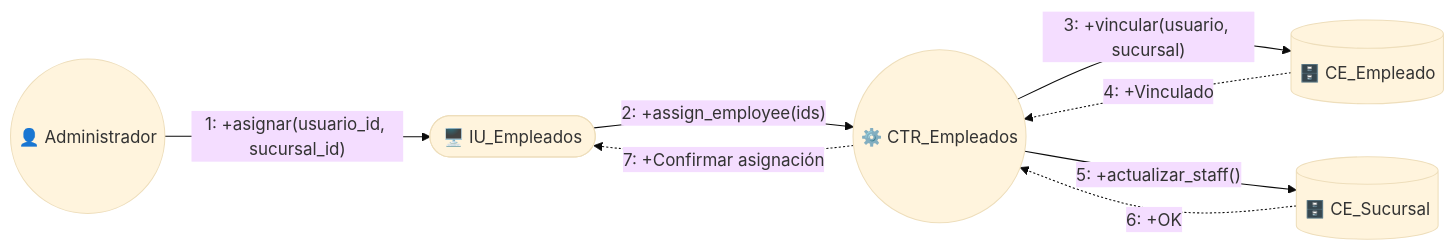
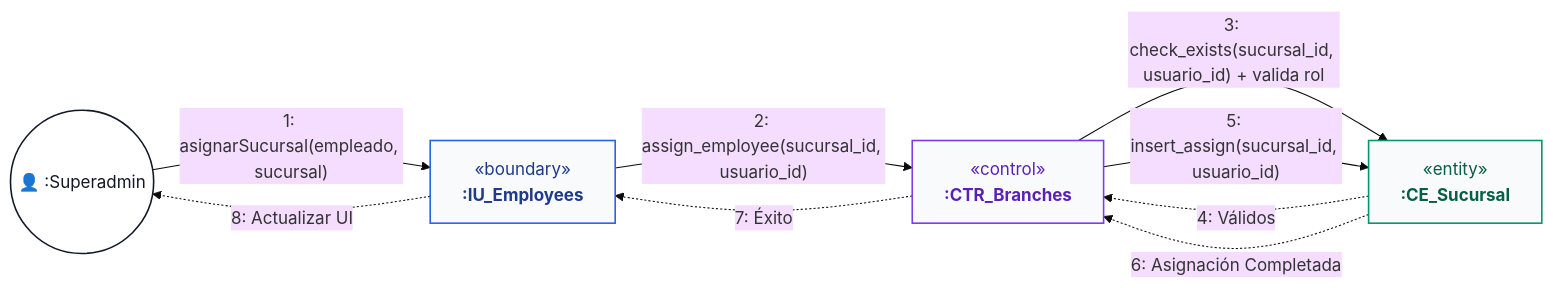
One commit to jc-larry/ecommerce changed diagram 17 of 53 in documentos/Ciclo1.md. Above: the diagram before and after it, drawn with Mermaid (base theme). The commit also changed other lines of this file and 148 other files, not shown here.

````diff
--- a/documentos/Ciclo1.md
+++ b/documentos/Ciclo1.md
@@ -1001,16 +1061,22 @@
 ```mermaid
 flowchart LR
-    Actor(("👤 Administrador"))
-    IU(["🖥️ IU_Empleados"])
-    CTR(("⚙️ CTR_Empleados"))
-    ENT_E[("🗄️ CE_Empleado")]
-    ENT_S[("🗄️ CE_Sucursal")]
+    classDef actorStyle fill:#ffffff,stroke:#111827,stroke-width:1.5px,color:#111827;
+    classDef boundaryStyle fill:#f9fafb,stroke:#2563eb,stroke-width:1.5px,color:#1e3a8a;
+    classDef controlStyle fill:#f9fafb,stroke:#7c3aed,stroke-width:1.5px,color:#5b21b6;
+    classDef entityStyle fill:#f9fafb,stroke:#059669,stroke-width:1.5px,color:#065f46;
+    classDef externalStyle fill:#f9fafb,stroke:#d97706,stroke-width:1.5px,color:#92400e;
 
-    Actor -- "1: +asignar(usuario_id, sucursal_id)" --> IU
-    IU -- "2: +assign_employee(ids)" --> CTR
-    CTR -- "3: +vincular(usuario, sucursal)" --> ENT_E
-    ENT_E -. "4: +Vinculado" .-> CTR
-    CTR -- "5: +actualizar_staff()" --> ENT_S
-    ENT_S -. "6: +OK" .-> CTR
-    CTR -. "7: +Confirmar asignación" .-> IU
+    A(("👤 :Superadmin")):::actorStyle
+    IU["&laquo;boundary&raquo;<br/><b>:IU_Employees</b>"]:::boundaryStyle
+    CTR["&laquo;control&raquo;<br/><b>:CTR_Branches</b>"]:::controlStyle
+    CE_B["&laquo;entity&raquo;<br/><b>:CE_Sucursal</b>"]:::entityStyle
+
+    A -- "1: asignarSucursal(empleado, sucursal)" --> IU
+    IU -- "2: assign_employee(sucursal_id, usuario_id)" --> CTR
+    CTR -- "3: check_exists(sucursal_id, usuario_id) + valida rol" --> CE_B
+    CE_B -. "4: Válidos" .-> CTR
+    CTR -- "5: insert_assign(sucursal_id, usuario_id)" --> CE_B
+    CE_B -. "6: Asignación Completada" .-> CTR
+    CTR -. "7: Éxito" .-> IU
+    IU -. "8: Actualizar UI" .-> A
 ```
````
